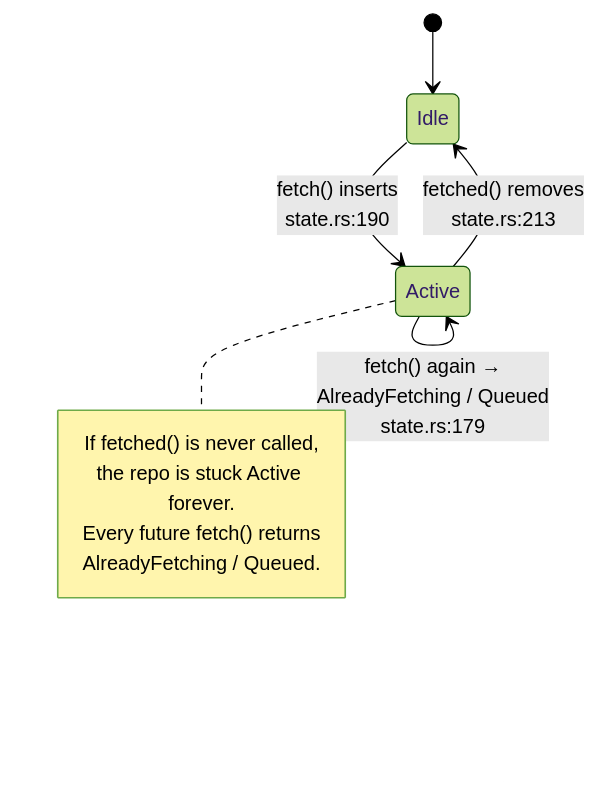
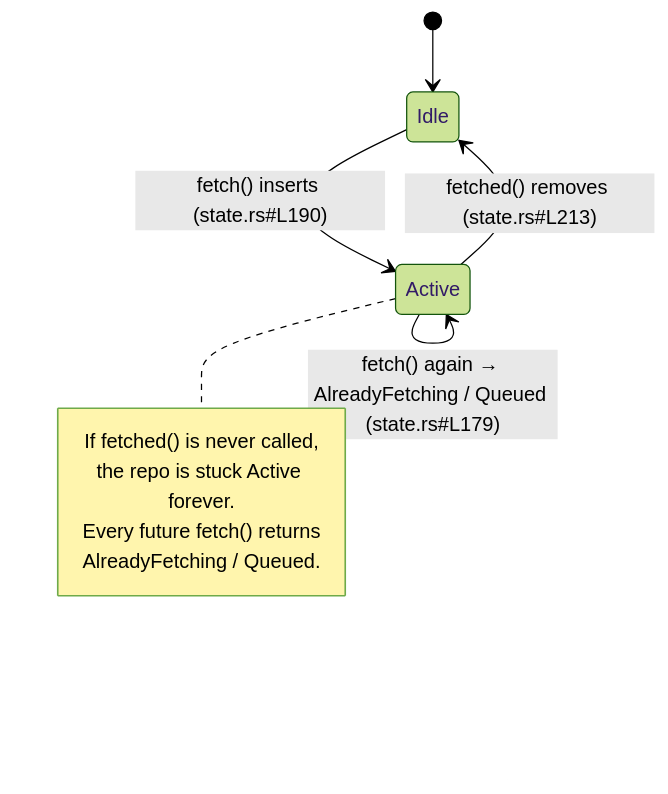
One commit to 2color/agency-matters changed the third of 4 diagrams in content/software/radicle/crate-organisation.md. Above: the diagram before and after it, drawn with Mermaid (forest theme).

Commit message:
fix render error for diagram

````diff
--- a/content/software/radicle/crate-organisation.md
+++ b/content/software/radicle/crate-organisation.md
@@ -128,13 +128,13 @@
 ```mermaid
 stateDiagram-v2
     [*] --> Idle
-    Idle --> Active: fetch() inserts<br/>state.rs:190
-    Active --> Idle: fetched() removes<br/>state.rs:213
-    Active --> Active: fetch() again →<br/>AlreadyFetching / Queued<br/>state.rs:179
+    Idle --> Active: fetch() inserts (state.rs#L190)
+    Active --> Idle: fetched() removes (state.rs#L213)
+    Active --> Active: fetch() again → AlreadyFetching / Queued (state.rs#L179)
     note right of Active
         If fetched() is never called,
         the repo is stuck Active forever.
         Every future fetch() returns
         AlreadyFetching / Queued.
     end note
 ```
````
